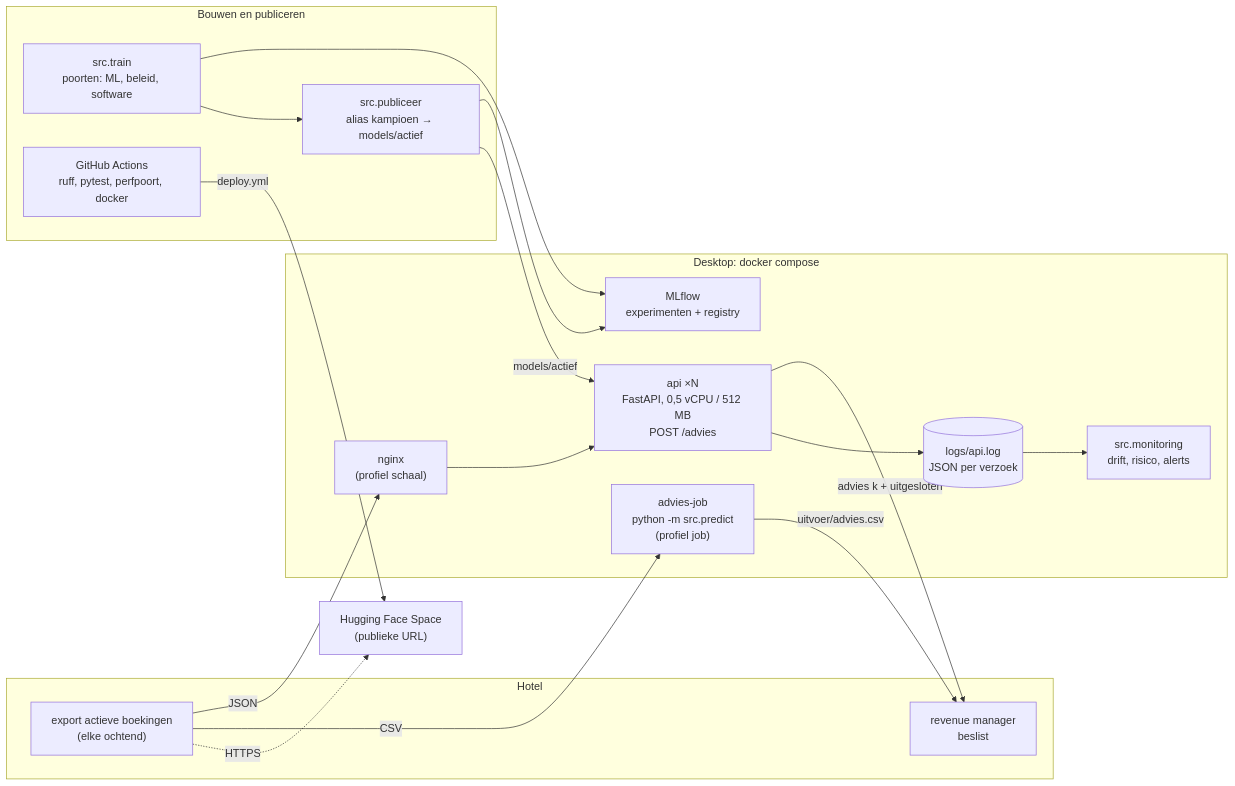
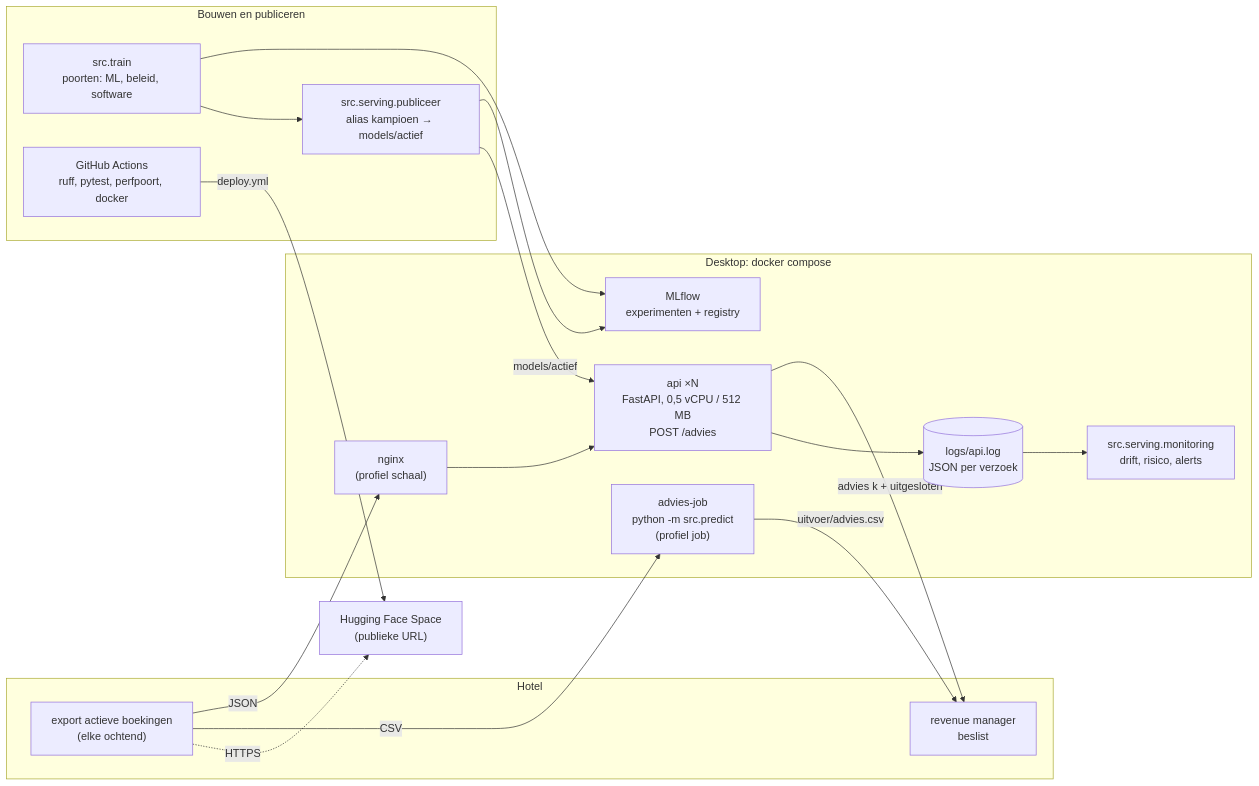
One commit to KynanM/cloud-for-ai-project changed the diagram in docs/architectuur.md. Above: the diagram before and after it, drawn with Mermaid. The commit also changed other lines of this file and 53 other files, not shown here.

First line of the commit message:
src/ in drie delen: de kern in src/, het onderzoek in src/onderzoek/, deel 3 in src/serving/

````diff
--- a/docs/architectuur.md
+++ b/docs/architectuur.md
@@ -163,35 +159,35 @@
 ```mermaid
 flowchart LR
   subgraph HOTEL["Hotel"]
     EXPORT["export actieve boekingen<br/>(elke ochtend)"]
     RM["revenue manager<br/>beslist"]
   end
 
   subgraph LOKAAL["Desktop: docker compose"]
     API["api ×N<br/>FastAPI, 0,5 vCPU / 512 MB<br/>POST /advies"]
     JOB["advies-job<br/>python -m src.predict<br/>(profiel job)"]
     NGINX["nginx<br/>(profiel schaal)"]
     MLF["MLflow<br/>experimenten + registry"]
     LOGS[("logs/api.log<br/>JSON per verzoek")]
-    MON["src.monitoring<br/>drift, risico, alerts"]
+    MON["src.serving.monitoring<br/>drift, risico, alerts"]
   end
 
   subgraph BOUW["Bouwen en publiceren"]
     TRAIN["src.train<br/>poorten: ML, beleid, software"]
-    PUB["src.publiceer<br/>alias kampioen → models/actief"]
+    PUB["src.serving.publiceer<br/>alias kampioen → models/actief"]
     CI["GitHub Actions<br/>ruff, pytest, perfpoort, docker"]
   end
 
   SPACE["Hugging Face Space<br/>(publieke URL)"]
 
   EXPORT -->|JSON| NGINX --> API
   EXPORT -->|CSV| JOB
   API -->|advies k + uitgesloten| RM
   JOB -->|uitvoer/advies.csv| RM
   API --> LOGS --> MON
   TRAIN --> MLF
   TRAIN --> PUB --> MLF
   PUB -->|models/actief| API
   CI -->|deploy.yml| SPACE
   EXPORT -.->|HTTPS| SPACE
 ```
````
